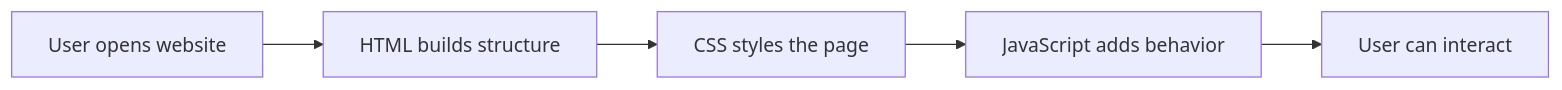
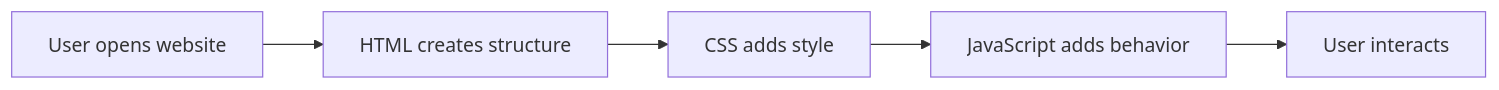
Before and after one commit to AbhishekDhone7/javascript-git-basics: the first of 14 diagrams in JavaScript-Beginners-Guide.md, drawn with Mermaid. The commit also changed other lines of this file and 1 other file, not shown here.

````diff
--- a/JavaScript-Beginners-Guide.md
+++ b/JavaScript-Beginners-Guide.md
@@ -53,7 +62,7 @@
 ```mermaid
 flowchart LR
-A[User opens website] --> B[HTML builds structure]
-B --> C[CSS styles the page]
+A[User opens website] --> B[HTML creates structure]
+B --> C[CSS adds style]
 C --> D[JavaScript adds behavior]
-D --> E[User can interact]
+D --> E[User interacts]
 ```
````
